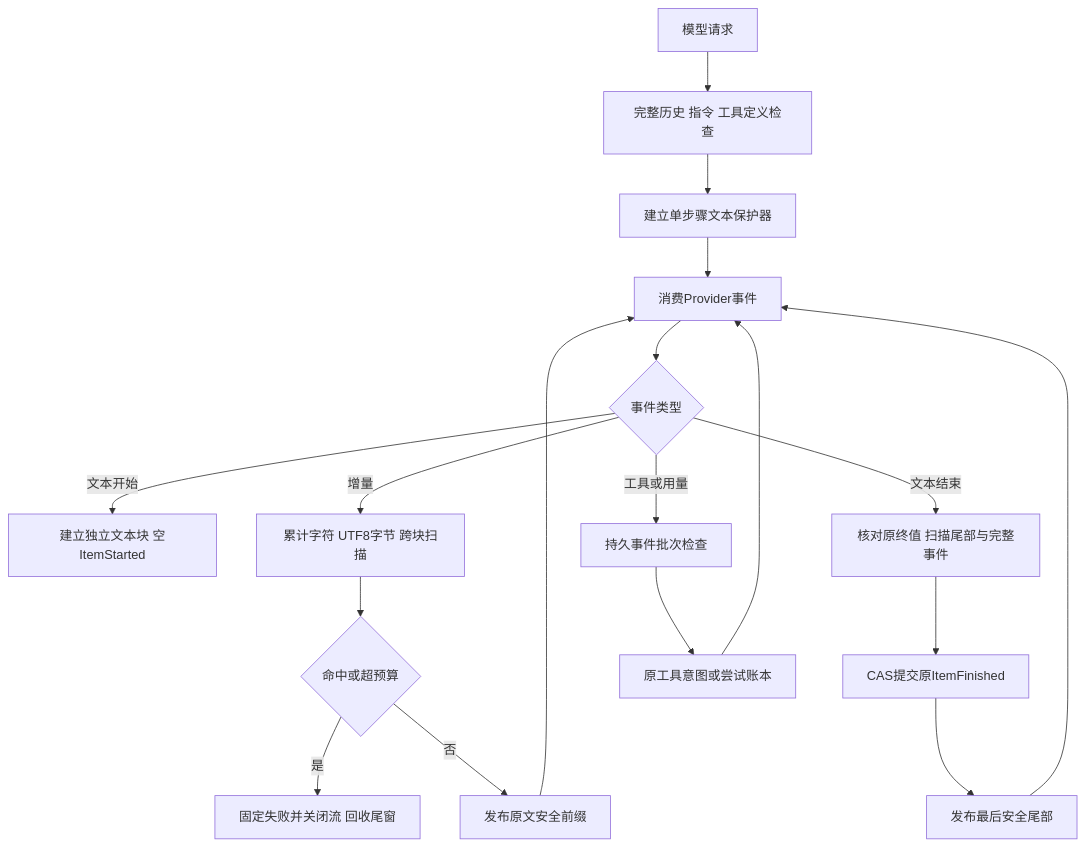
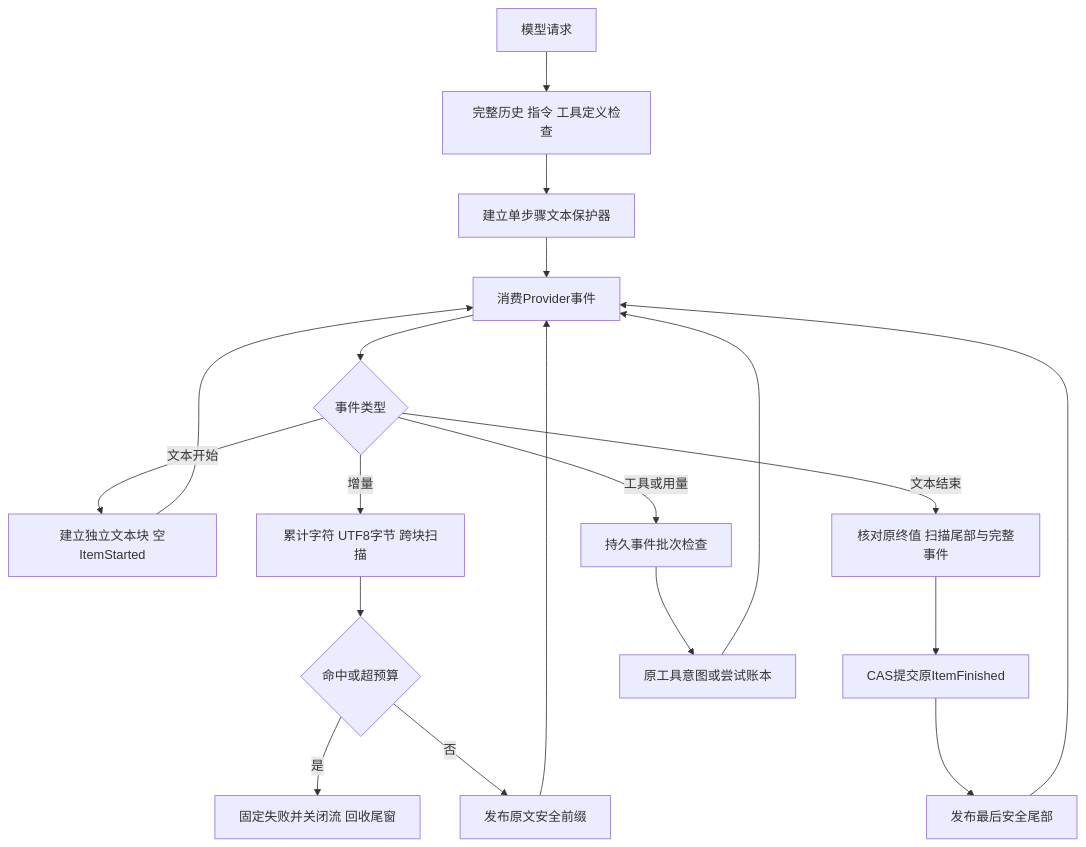
The second of 4 diagrams in docs/changes/m09-4a-model-text-publication.md (carrie1988/Harnessix), drawn with Mermaid before and after one commit. The commit also changed other lines of this file and 12 other files, not shown here.

````diff
--- a/docs/changes/m09-4a-model-text-publication.md
+++ b/docs/changes/m09-4a-model-text-publication.md
@@ -97,20 +97,21 @@
 ```mermaid
 flowchart TD
   Request[模型请求] --> Outbound[完整历史 指令 工具定义检查]
   Outbound --> Factory[建立单步骤文本保护器]
   Factory --> Event[消费Provider事件]
   Event --> Kind{事件类型}
   Kind -- 文本开始 --> Start[建立独立文本块 空ItemStarted]
   Kind -- 增量 --> Feed[累计字符 UTF8字节 跨块扫描]
   Feed --> Match{命中或超预算}
   Match -- 是 --> Fail[固定失败并关闭流 回收尾窗]
   Match -- 否 --> Emit[发布原文安全前缀]
   Kind -- 文本结束 --> Verify[核对原终值 扫描尾部与完整事件]
   Verify --> Commit[CAS提交原ItemFinished]
   Commit --> Tail[发布最后安全尾部]
   Kind -- 工具或用量 --> Guard[持久事件批次检查]
   Guard --> Ledger[原工具意图或尝试账本]
+  Start --> Event
   Emit --> Event
   Tail --> Event
   Ledger --> Event
 ```
````
